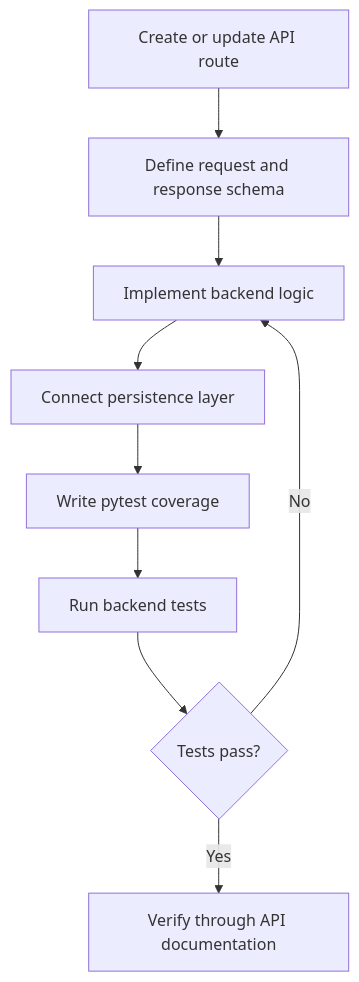
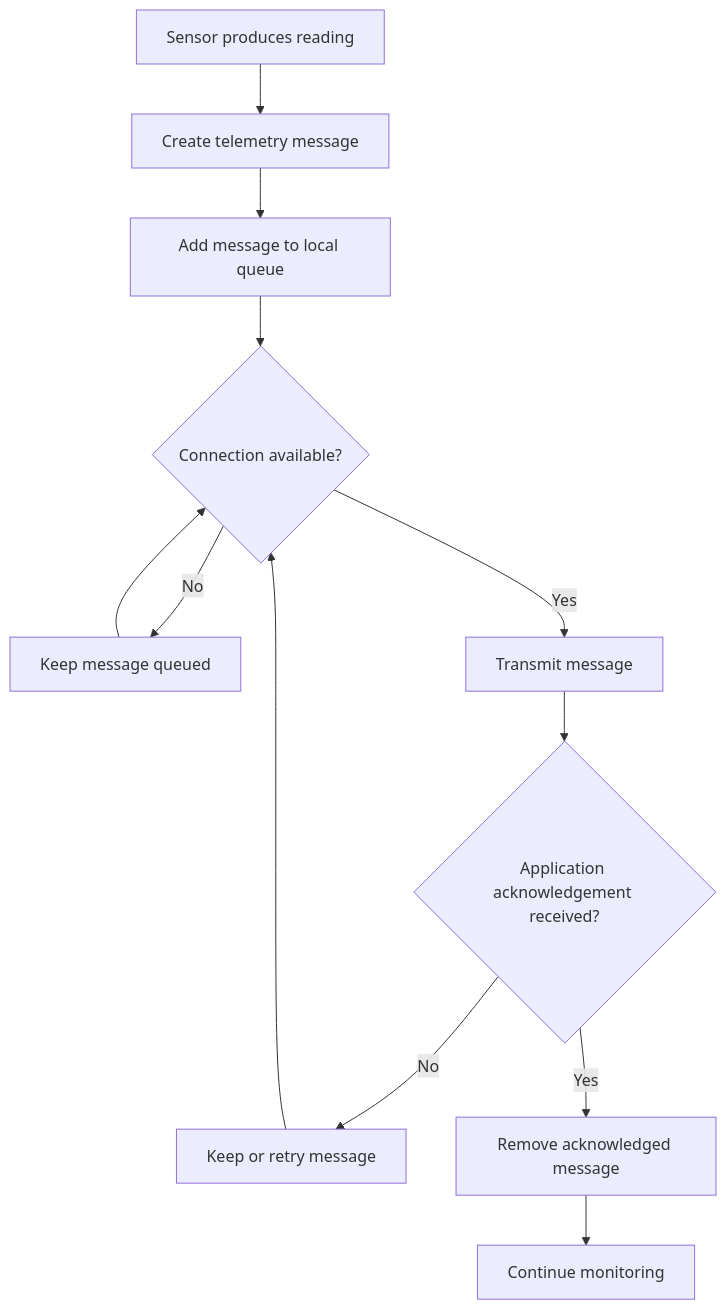
The fourth of 5 diagrams in README.md (chamanvashishth/MW-SENSE), drawn with Mermaid before and after one commit. The commit also changed other lines of this file, not shown here.

````diff
--- a/README.md
+++ b/README.md
@@ -363,11 +270,14 @@
 ```mermaid
 flowchart TD
-    A["Create or update API route"] --> B["Define request and response schema"]
-    B --> C["Implement backend logic"]
-    C --> D["Connect persistence layer"]
-    D --> E["Write pytest coverage"]
-    E --> F["Run backend tests"]
-    F --> G{"Tests pass?"}
-    G -->|No| C
-    G -->|Yes| H["Verify through API documentation"]
+    A["Sensor produces reading"] --> B["Create telemetry message"]
+    B --> C["Add message to local queue"]
+    C --> D{"Connection available?"}
+    D -->|No| E["Keep message queued"]
+    E --> D
+    D -->|Yes| F["Transmit message"]
+    F --> G{"Application acknowledgement received?"}
+    G -->|No| H["Keep or retry message"]
+    H --> D
+    G -->|Yes| I["Remove acknowledged message"]
+    I --> J["Continue monitoring"]
 ```
````
